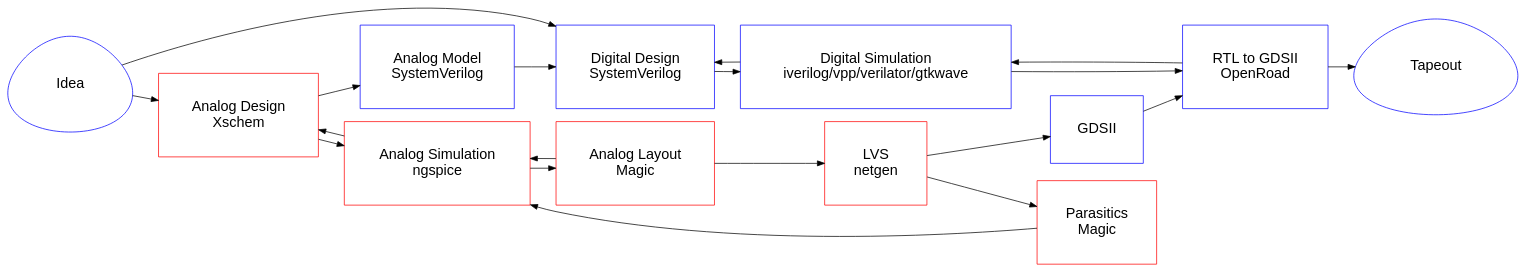
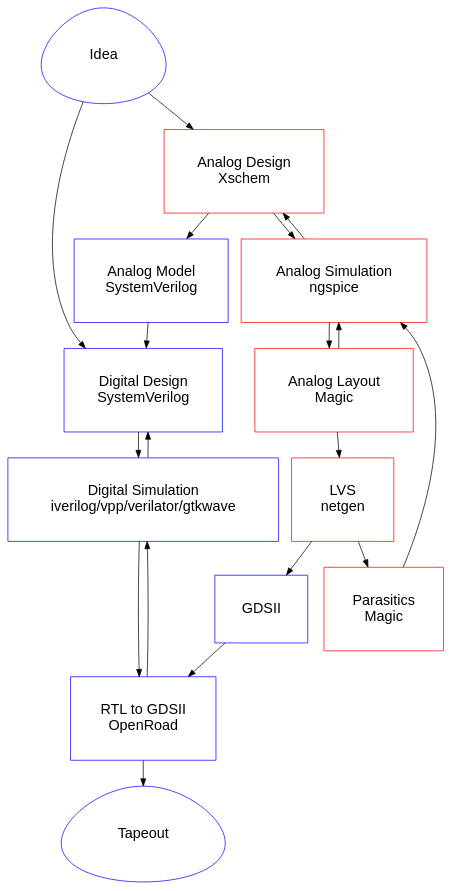
One commit to wulffern/aic2024 changed the diagram in dot/dig_des.dot. Above: the diagram before and after it, drawn with Graphviz. The commit also changed 2 other files, not shown here.

```diff
--- a/dot/dig_des.dot
+++ b/dot/dig_des.dot
@@ -1,32 +1,32 @@
 digraph G{
 
-rankdir="LR";
+#rankdir="LR";
 
 node [margin=0.5 color=blue fontcolor=black fontsize=20 width=0.5 shape=box fontname="Helvetica"]
 I [label="Idea",shape=egg]
 D [label="Digital Design \n SystemVerilog"]
 S [label="Digital Simulation \n iverilog/vpp/verilator/gtkwave"]
 PNR [label="RTL to GDSII \nOpenRoad"]
 TO [label="Tapeout",shape=egg]
 
 AD [label="Analog Design \nXschem" color=red]
 ASV [label="Analog Model \nSystemVerilog" color=blue]
 AS [label="Analog Simulation \nngspice" color=red]
 AL [label="Analog Layout \nMagic" color=red]
 AV [label="LVS\nnetgen" color=red]
 LPE [label="Parasitics\nMagic" color=red]
 AGDS [label="GDSII"]
 
 D -> S -> PNR -> TO
 PNR  -> S -> D
 
 
 AD -> ASV ->  D
 
 I -> AD
 I -> D
 
 AD -> AS -> AL -> AV -> AGDS -> PNR
 AV -> LPE -> AS
 AL -> AS -> AD
 }
```
